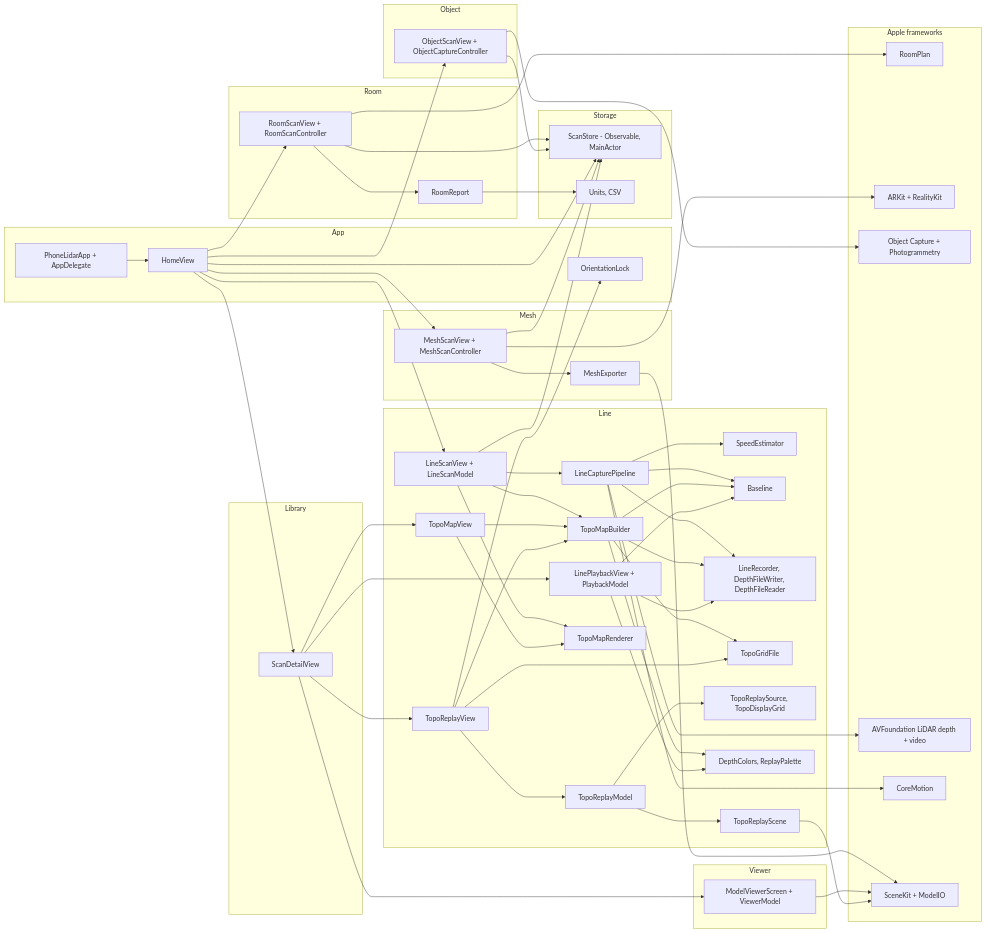
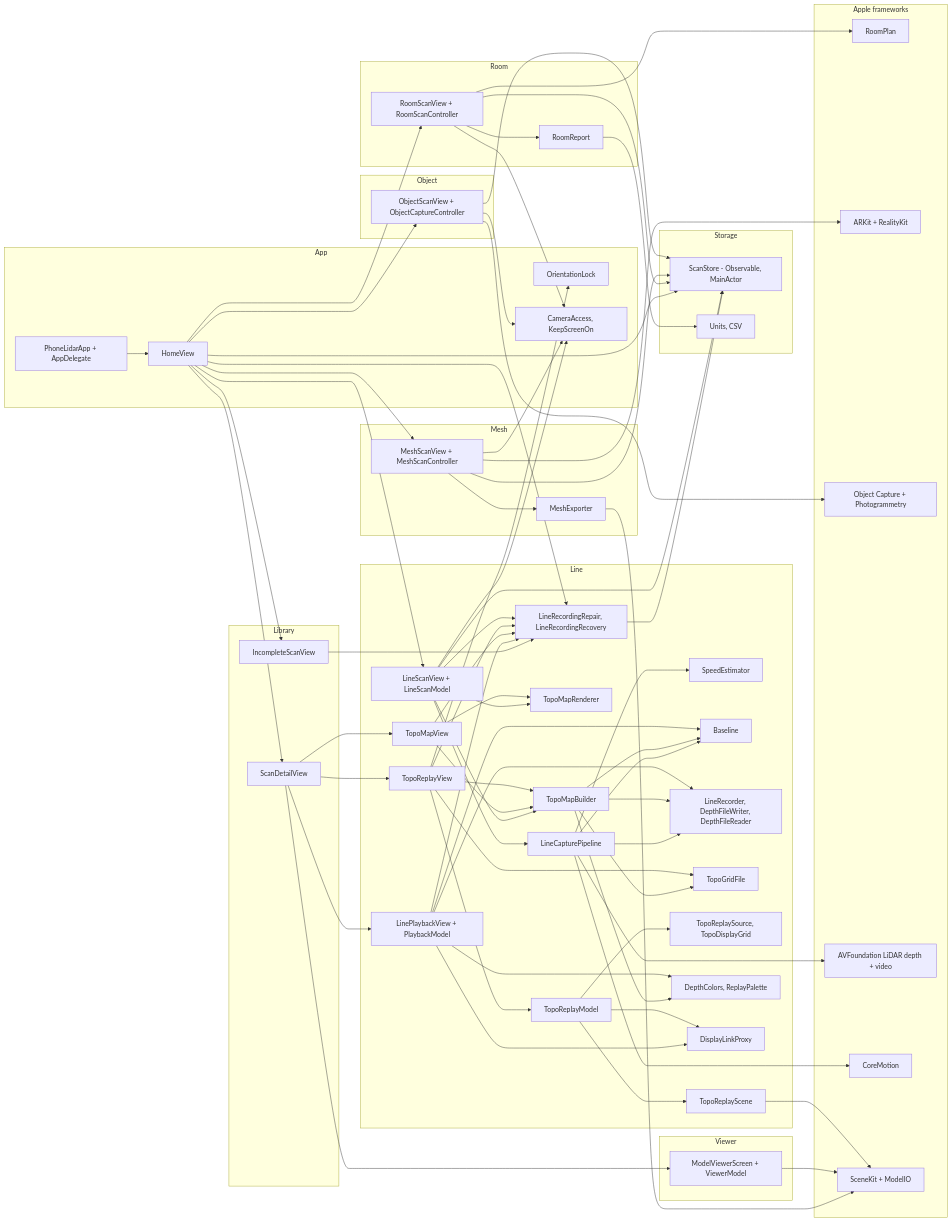
Before and after one commit to AliG1111/PhoneLidar: the first of 4 diagrams in docs/design.md, drawn with Mermaid. The commit also changed other lines of this file and 5 other files, not shown here.

```diff
--- a/docs/design.md
+++ b/docs/design.md
@@ -25,6 +25,7 @@
     APP["PhoneLidarApp + AppDelegate"]
     HOME["HomeView"]
     ORI["OrientationLock"]
+    CAM["CameraAccess, KeepScreenOn"]
   end
   subgraph Storage
     STORE["ScanStore - Observable, MainActor"]
@@ -32,6 +33,7 @@
   end
   subgraph Library
     DETAIL["ScanDetailView"]
+    INC["IncompleteScanView"]
   end
   subgraph Viewer
     VIEW["ModelViewerScreen + ViewerModel"]
@@ -63,6 +65,8 @@
     RPD["TopoReplaySource, TopoDisplayGrid"]
     RPS["TopoReplayScene"]
     COL["DepthColors, ReplayPalette"]
+    RECV["LineRecordingRepair, LineRecordingRecovery"]
+    DLP["DisplayLinkProxy"]
   end
   subgraph Apple["Apple frameworks"]
     RP["RoomPlan"]
@@ -75,7 +79,12 @@
   APP --> HOME
   HOME --> STORE
   HOME --> ROOM & MESH & OBJ & LSV
-  HOME --> DETAIL
+  HOME --> DETAIL & INC
+  HOME & INC --> RECV
+  RECV --> STORE
+  ROOM & MESH & OBJ & LSV --> CAM
+  PLAY & TMV & RPV & LSV --> RECV
+  PLAY & RPM --> DLP
   DETAIL --> VIEW & TMV & RPV & PLAY
   ROOM --> RP
   ROOM --> RREP --> FMT
```
